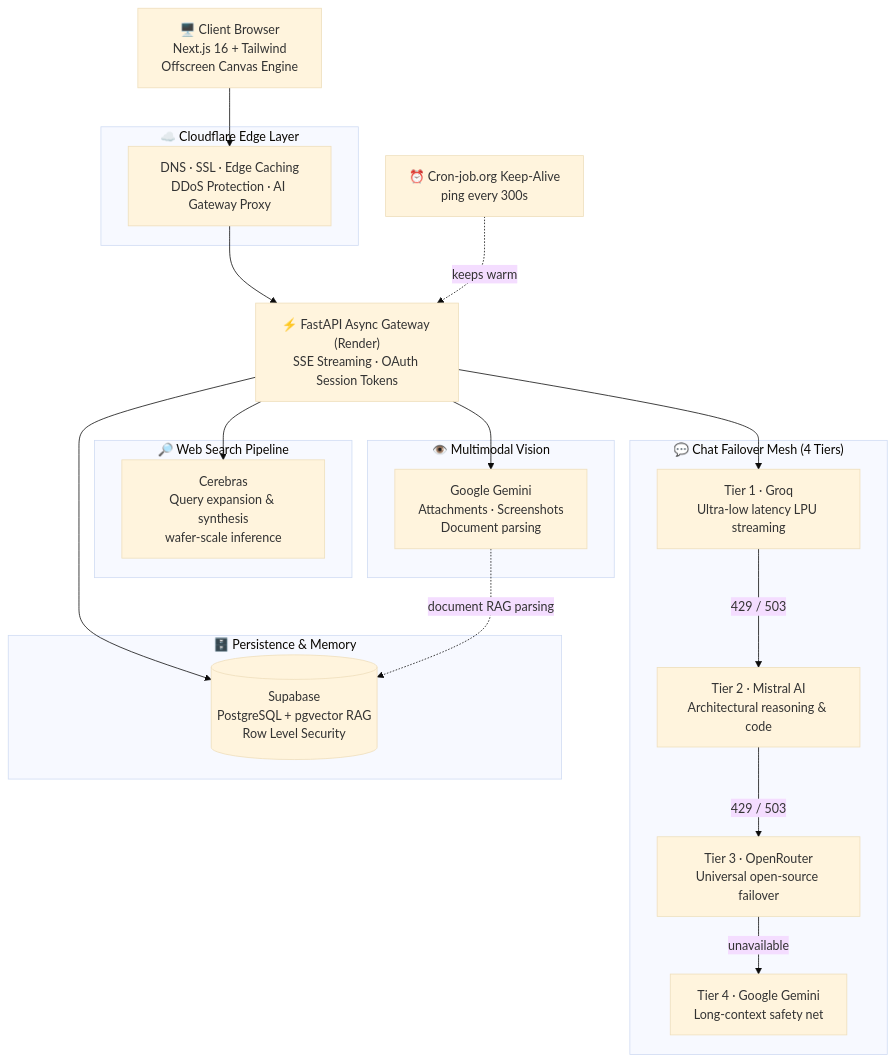
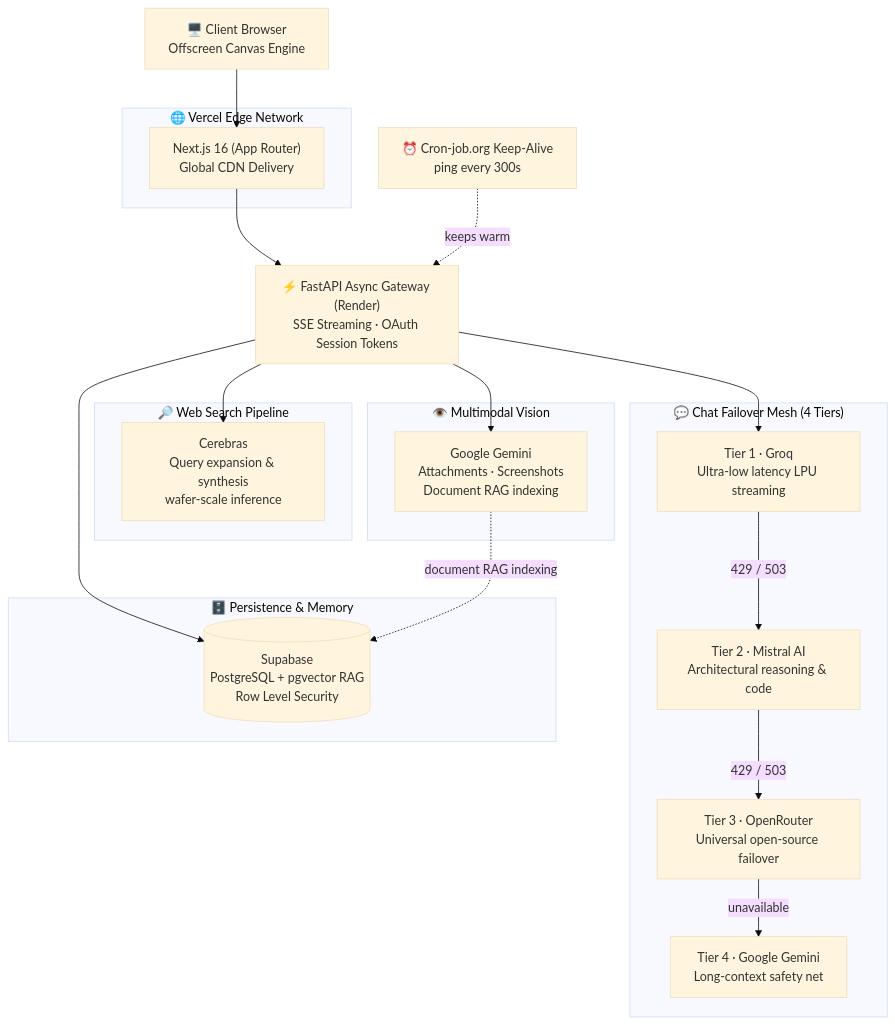
The first of 2 diagrams in README.md (Md-Salik-Ubair/ubair-os), drawn with Mermaid (base theme) before and after one commit. The commit also changed other lines of this file, not shown here.

Commit message:
docs: publish final production README with verified 4-tier mesh, edge topology, and clean anchors

````diff
--- a/README.md
+++ b/README.md
@@ -122,39 +121,39 @@
 ```mermaid
 flowchart TD
-    A["🖥️ Client Browser<br/>Next.js 16 + Tailwind<br/>Offscreen Canvas Engine"] --> CF
+    A["🖥️ Client Browser<br/>Offscreen Canvas Engine"] --> VE
 
-    subgraph EDGE["☁️ Cloudflare Edge Layer"]
-        CF["DNS · SSL · Edge Caching<br/>DDoS Protection · AI Gateway Proxy"]
+    subgraph EDGE["🌐 Vercel Edge Network"]
+        VE["Next.js 16 (App Router)<br/>Global CDN Delivery"]
     end
 
-    CF --> B["⚡ FastAPI Async Gateway (Render)<br/>SSE Streaming · OAuth Session Tokens"]
+    VE --> B["⚡ FastAPI Async Gateway (Render)<br/>SSE Streaming · OAuth Session Tokens"]
     K["⏰ Cron-job.org Keep-Alive<br/>ping every 300s"] -.->|"keeps warm"| B
 
     subgraph CHAT["💬 Chat Failover Mesh (4 Tiers)"]
         T1["Tier 1 · Groq<br/>Ultra-low latency LPU streaming"]
         T2["Tier 2 · Mistral AI<br/>Architectural reasoning & code"]
         T3["Tier 3 · OpenRouter<br/>Universal open-source failover"]
         T4["Tier 4 · Google Gemini<br/>Long-context safety net"]
         T1 -->|"429 / 503"| T2
         T2 -->|"429 / 503"| T3
         T3 -->|"unavailable"| T4
     end
 
     subgraph SEARCH["🔎 Web Search Pipeline"]
         S1["Cerebras<br/>Query expansion & synthesis<br/>wafer-scale inference"]
     end
 
     subgraph VISION["👁️ Multimodal Vision"]
-        V1["Google Gemini<br/>Attachments · Screenshots<br/>Document parsing"]
+        V1["Google Gemini<br/>Attachments · Screenshots<br/>Document RAG indexing"]
     end
 
     subgraph DATA["🗄️ Persistence & Memory"]
         D1[("Supabase<br/>PostgreSQL + pgvector RAG<br/>Row Level Security")]
     end
 
     B --> T1
     B --> S1
     B --> V1
     B --> D1
-    V1 -.->|"document RAG parsing"| D1
+    V1 -.->|"document RAG indexing"| D1
 ```
````
